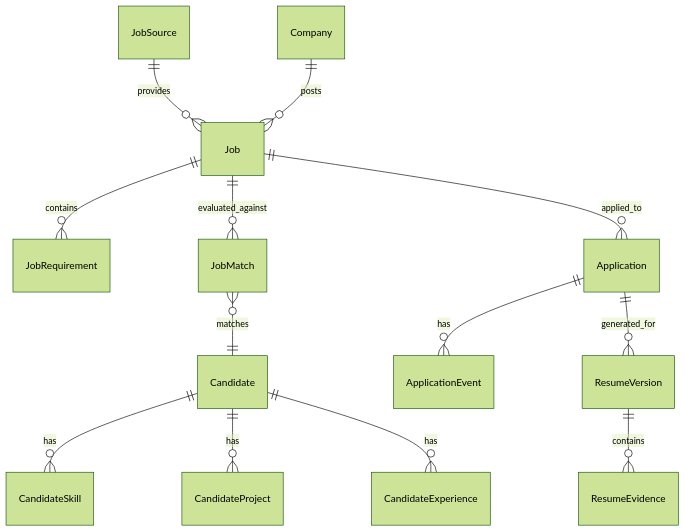
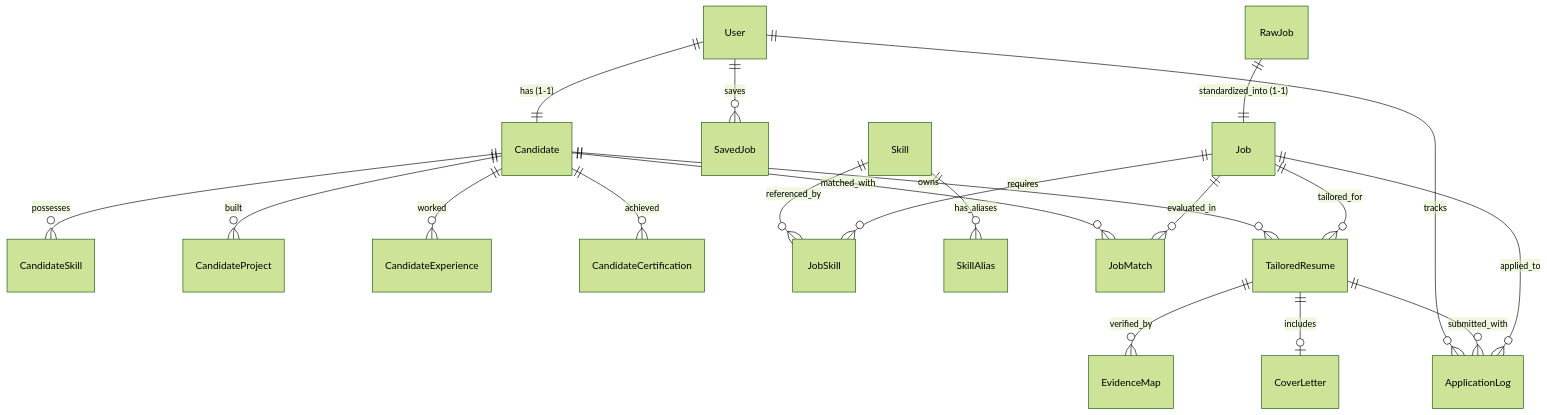
Before and after one commit to vyquochuy/Discord-Job-hunt: the second of 2 diagrams in docs/ARCHITECTURE.MD, drawn with Mermaid (forest theme). The commit also changed other lines of this file and 187 other files, not shown here.

First line of the commit message:
feat(arch): migrate from discord-first to web-first architecture and full-stack platform

````diff
--- a/docs/ARCHITECTURE.MD
+++ b/docs/ARCHITECTURE.MD
@@ -161,19 +126,27 @@
 ```mermaid
 erDiagram
-    Candidate ||--o{ CandidateSkill : has
-    Candidate ||--o{ CandidateProject : has
-    Candidate ||--o{ CandidateExperience : has
+    User ||--|| Candidate : "has (1-1)"
+    User ||--o{ SavedJob : "saves"
+    
+    Candidate ||--o{ CandidateSkill : "possesses"
+    Candidate ||--o{ CandidateProject : "built"
+    Candidate ||--o{ CandidateExperience : "worked"
+    Candidate ||--o{ CandidateCertification : "achieved"
 
-    JobSource ||--o{ Job : provides
-    Company ||--o{ Job : posts
-    Job ||--o{ JobRequirement : contains
-    Job ||--o{ JobMatch : evaluated_against
+    RawJob ||--|| Job : "standardized_into (1-1)"
+    Job ||--o{ JobSkill : "requires"
+    Skill ||--o{ JobSkill : "referenced_by"
+    Skill ||--o{ SkillAlias : "has_aliases"
 
-    JobMatch }o--|| Candidate : matches
+    Job ||--o{ JobMatch : "evaluated_in"
+    Candidate ||--o{ JobMatch : "matched_with"
 
-    Job ||--o{ Application : applied_to
-    Application ||--o{ ApplicationEvent : has
-    Application ||--o{ ResumeVersion : generated_for
+    Job ||--o{ TailoredResume : "tailored_for"
+    Candidate ||--o{ TailoredResume : "owns"
+    TailoredResume ||--o{ EvidenceMap : "verified_by"
+    TailoredResume ||--o| CoverLetter : "includes"
 
-    ResumeVersion ||--o{ ResumeEvidence : contains
+    Job ||--o{ ApplicationLog : "applied_to"
+    TailoredResume ||--o{ ApplicationLog : "submitted_with"
+    User ||--o{ ApplicationLog : "tracks"
 ```
````
